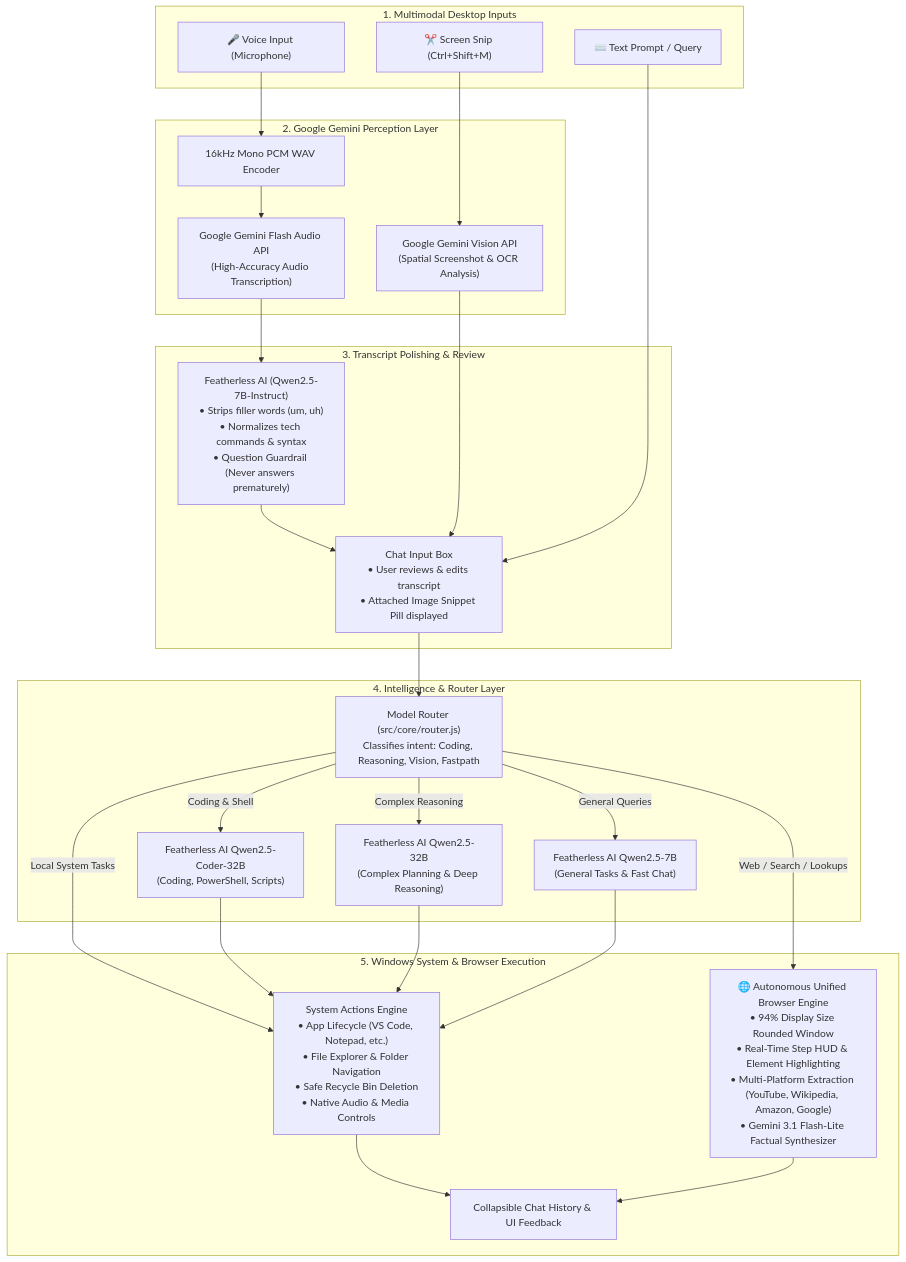
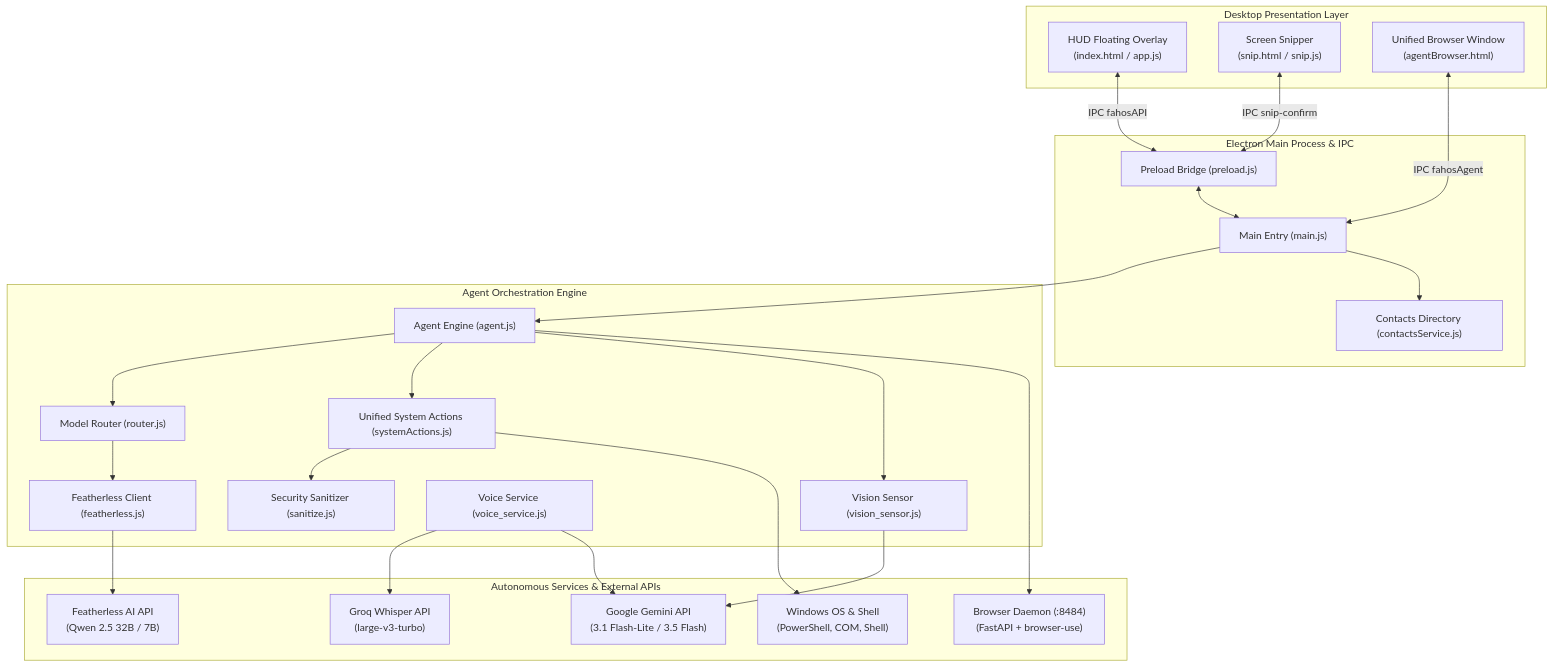
The diagram in README.md (agasthya2006/FahOS), drawn with Mermaid before and after one commit. The commit also changed other lines of this file and 32 other files, not shown here.

Commit message:
feat: complete repository audit, security hardening, architecture consolidation, and documentation for Hackwave 3.0

````diff
--- a/README.md
+++ b/README.md
@@ -30,54 +31,51 @@
 ```mermaid
-flowchart TD
-    subgraph Inputs["1. Multimodal Desktop Inputs"]
-        A1["🎤 Voice Input (Microphone)"]
-        A2["✂️ Screen Snip (Ctrl+Shift+M)"]
-        A3["⌨️ Text Prompt / Query"]
+graph TB
+    subgraph Client["Desktop Presentation Layer"]
+        HUD["HUD Floating Overlay<br/>(index.html / app.js)"]
+        Snip["Screen Snipper<br/>(snip.html / snip.js)"]
+        Browser["Unified Browser Window<br/>(agentBrowser.html)"]
     end
 
-    subgraph Perception["2. Google Gemini Perception Layer"]
-        B1["16kHz Mono PCM WAV Encoder"]
-        B2["Google Gemini Flash Audio API<br/>(High-Accuracy Audio Transcription)"]
-        B3["Google Gemini Vision API<br/>(Spatial Screenshot & OCR Analysis)"]
+    subgraph MainProcess["Electron Main Process & IPC"]
+        Main["Main Entry (main.js)"]
+        Preload["Preload Bridge (preload.js)"]
+        Contacts["Contacts Directory (contactsService.js)"]
     end
 
-    subgraph Refinement["3. Transcript Polishing & Review"]
-        C1["Featherless AI (Qwen2.5-7B-Instruct)<br/>• Strips filler words (um, uh)<br/>• Normalizes tech commands & syntax<br/>• Question Guardrail (Never answers prematurely)"]
-        C2["Chat Input Box<br/>• User reviews & edits transcript<br/>• Attached Image Snippet Pill displayed"]
+    subgraph AgentCore["Agent Orchestration Engine"]
+        Engine["Agent Engine (agent.js)"]
+        Router["Model Router (router.js)"]
+        Sanitize["Security Sanitizer (sanitize.js)"]
+        SysActions["Unified System Actions (systemActions.js)"]
+        Vision["Vision Sensor (vision_sensor.js)"]
+        Voice["Voice Service (voice_service.js)"]
+        Featherless["Featherless Client (featherless.js)"]
     end
 
-    subgraph Orchestration["4. Intelligence & Router Layer"]
-        D1["Model Router (src/core/router.js)<br/>Classifies intent: Coding, Reasoning, Vision, Fastpath"]
-        D2["Featherless AI Qwen2.5-Coder-32B<br/>(Coding, PowerShell, Scripts)"]
-        D3["Featherless AI Qwen2.5-32B<br/>(Complex Planning & Deep Reasoning)"]
-        D4["Featherless AI Qwen2.5-7B<br/>(General Tasks & Fast Chat)"]
+    subgraph BackendServices["Autonomous Services & External APIs"]
+        PyDaemon["Browser Daemon (:8484)<br/>(FastAPI + browser-use)"]
+        FeatherlessAPI["Featherless AI API<br/>(Qwen 2.5 32B / 7B)"]
+        GeminiAPI["Google Gemini API<br/>(3.1 Flash-Lite / 3.5 Flash)"]
+        GroqAPI["Groq Whisper API<br/>(large-v3-turbo)"]
+        WinShell["Windows OS & Shell<br/>(PowerShell, COM, Shell)"]
     end
 
-    subgraph Execution["5. Windows System & Browser Execution"]
-        E1["System Actions Engine<br/>• App Lifecycle (VS Code, Notepad, etc.)<br/>• File Explorer & Folder Navigation<br/>• Safe Recycle Bin Deletion<br/>• Native Audio & Media Controls"]
-        E2["🌐 Autonomous Unified Browser Engine<br/>• 94% Display Size Rounded Window<br/>• Real-Time Step HUD & Element Highlighting<br/>• Multi-Platform Extraction (YouTube, Wikipedia, Amazon, Google)<br/>• Gemini 3.1 Flash-Lite Factual Synthesizer"]
-        E3["Collapsible Chat History & UI Feedback"]
-    end
+    HUD <-->|IPC fahosAPI| Preload <--> Main
+    Snip <-->|IPC snip-confirm| Preload
+    Browser <-->|IPC fahosAgent| Main
 
-    %% Voice flow
-    A1 --> B1 --> B2 --> C1 --> C2
-    %% Snip flow
-    A2 --> B3 --> C2
-    %% Text prompt
-    A3 --> C2
+    Main --> Engine
+    Main --> Contacts
+    Engine --> Router
+    Engine --> SysActions
+    Engine --> Vision
+    Engine --> PyDaemon
 
-    %% Routing
-    C2 --> D1
-    D1 -->|Coding & Shell| D2
-    D1 -->|Complex Reasoning| D3
-    D1 -->|General Queries| D4
-    D1 -->|Web / Search / Lookups| E2
-    D1 -->|Local System Tasks| E1
+    SysActions --> Sanitize
+    SysActions --> WinShell
 
-    %% Action & Response
-    D2 --> E1
-    D3 --> E1
-    D4 --> E1
-    E1 --> E3
-    E2 --> E3
+    Router --> Featherless --> FeatherlessAPI
+    Vision --> GeminiAPI
+    Voice --> GroqAPI
+    Voice --> GeminiAPI
 ```
````
